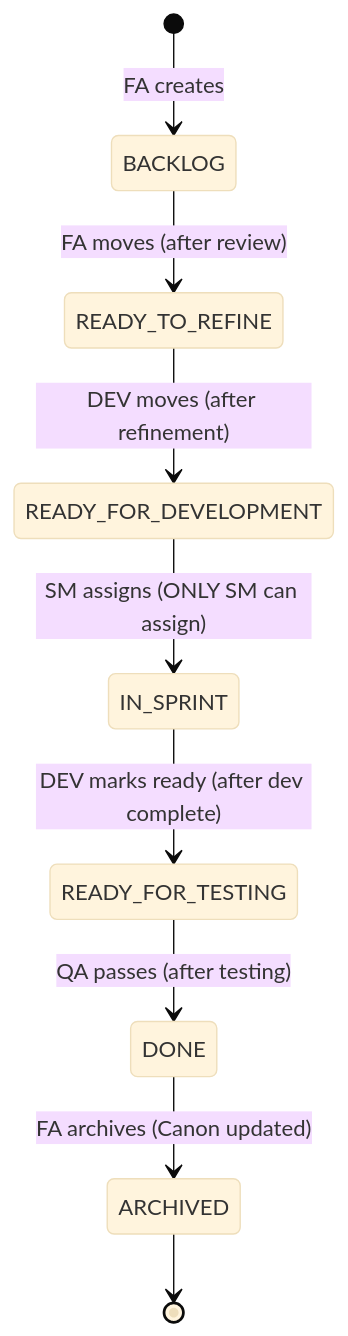
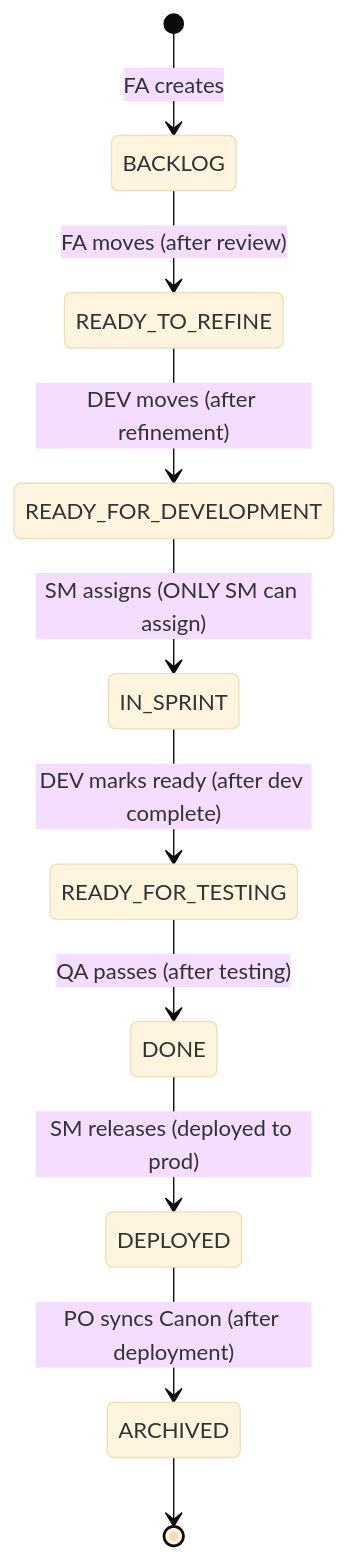
One commit to Pieter2406/TeamSpec-V2 changed the third of 3 diagrams in README.md. Above: the diagram before and after it, drawn with Mermaid (base theme). The commit also changed other lines of this file and 2 other files, not shown here.

Commit message:
Fix Canon Sync workflow to occur after deployment, not before release

````diff
--- a/README.md
+++ b/README.md
@@ -408,18 +415,20 @@
 ```mermaid
 stateDiagram-v2
     [*] --> BACKLOG: FA creates
     
     BACKLOG --> READY_TO_REFINE: FA moves (after review)
     
     READY_TO_REFINE --> READY_FOR_DEVELOPMENT: DEV moves (after refinement)
     
     READY_FOR_DEVELOPMENT --> IN_SPRINT: SM assigns (ONLY SM can assign)
     
     IN_SPRINT --> READY_FOR_TESTING: DEV marks ready (after dev complete)
     
     READY_FOR_TESTING --> DONE: QA passes (after testing)
     
-    DONE --> ARCHIVED: FA archives (Canon updated)
+    DONE --> DEPLOYED: SM releases (deployed to prod)
+    
+    DEPLOYED --> ARCHIVED: PO syncs Canon (after deployment)
     
     ARCHIVED --> [*]
 ```
````
